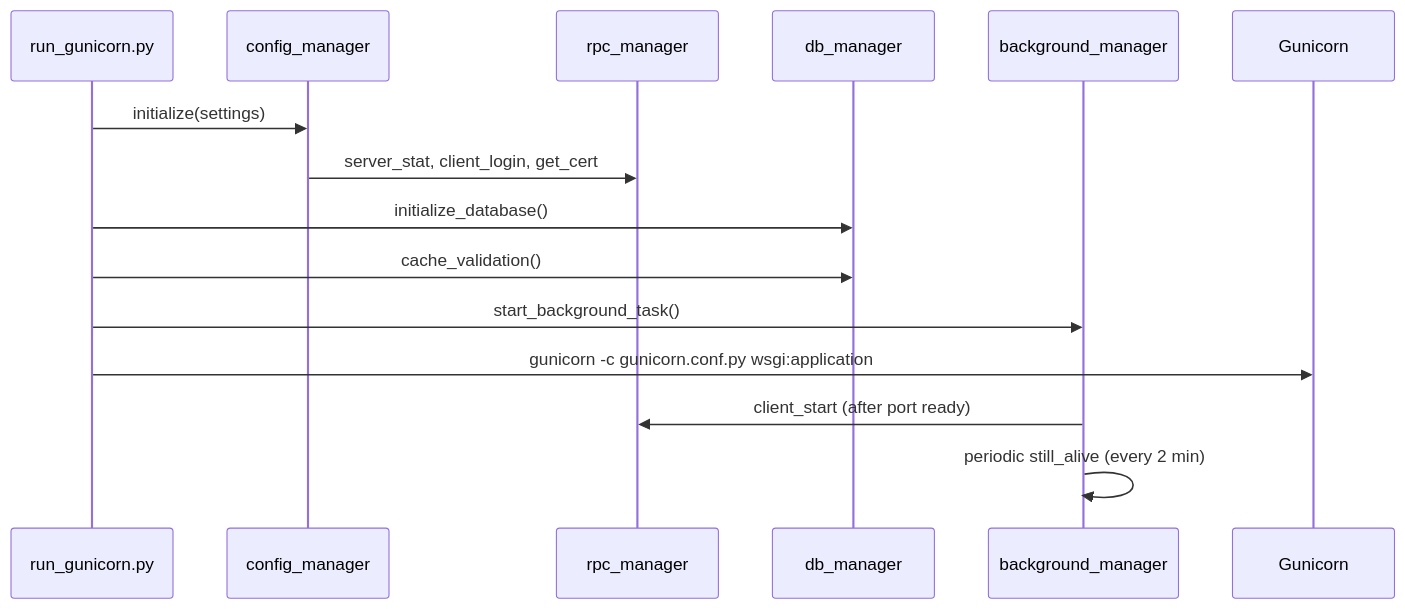
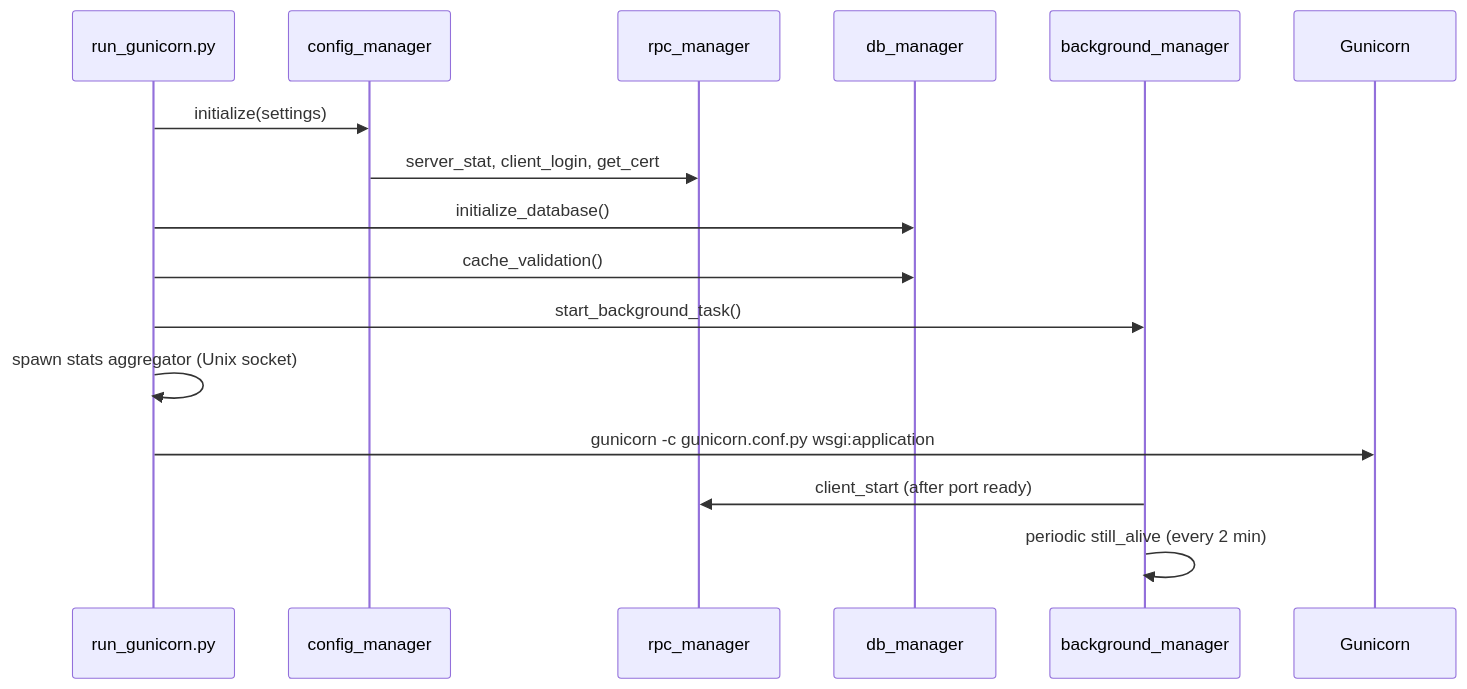
Before and after one commit to yuriko-aya/py-hath: the first of 3 diagrams in ARCHITECTURE.md, drawn with Mermaid. The commit also changed other lines of this file and 11 other files, not shown here.

First line of the commit message:
feat: aggregate worker metrics over a Unix-socket stats process.

````diff
--- a/ARCHITECTURE.md
+++ b/ARCHITECTURE.md
@@ -5,18 +5,19 @@
 ```mermaid
 sequenceDiagram
     participant RG as run_gunicorn.py
     participant CM as config_manager
     participant RPC as rpc_manager
     participant DB as db_manager
     participant BM as background_manager
     participant GN as Gunicorn
 
     RG->>CM: initialize(settings)
     CM->>RPC: server_stat, client_login, get_cert
     RG->>DB: initialize_database()
     RG->>DB: cache_validation()
     RG->>BM: start_background_task()
+    RG->>RG: spawn stats aggregator (Unix socket)
     RG->>GN: gunicorn -c gunicorn.conf.py wsgi:application
     BM->>RPC: client_start (after port ready)
     BM->>BM: periodic still_alive (every 2 min)
 ```
````
